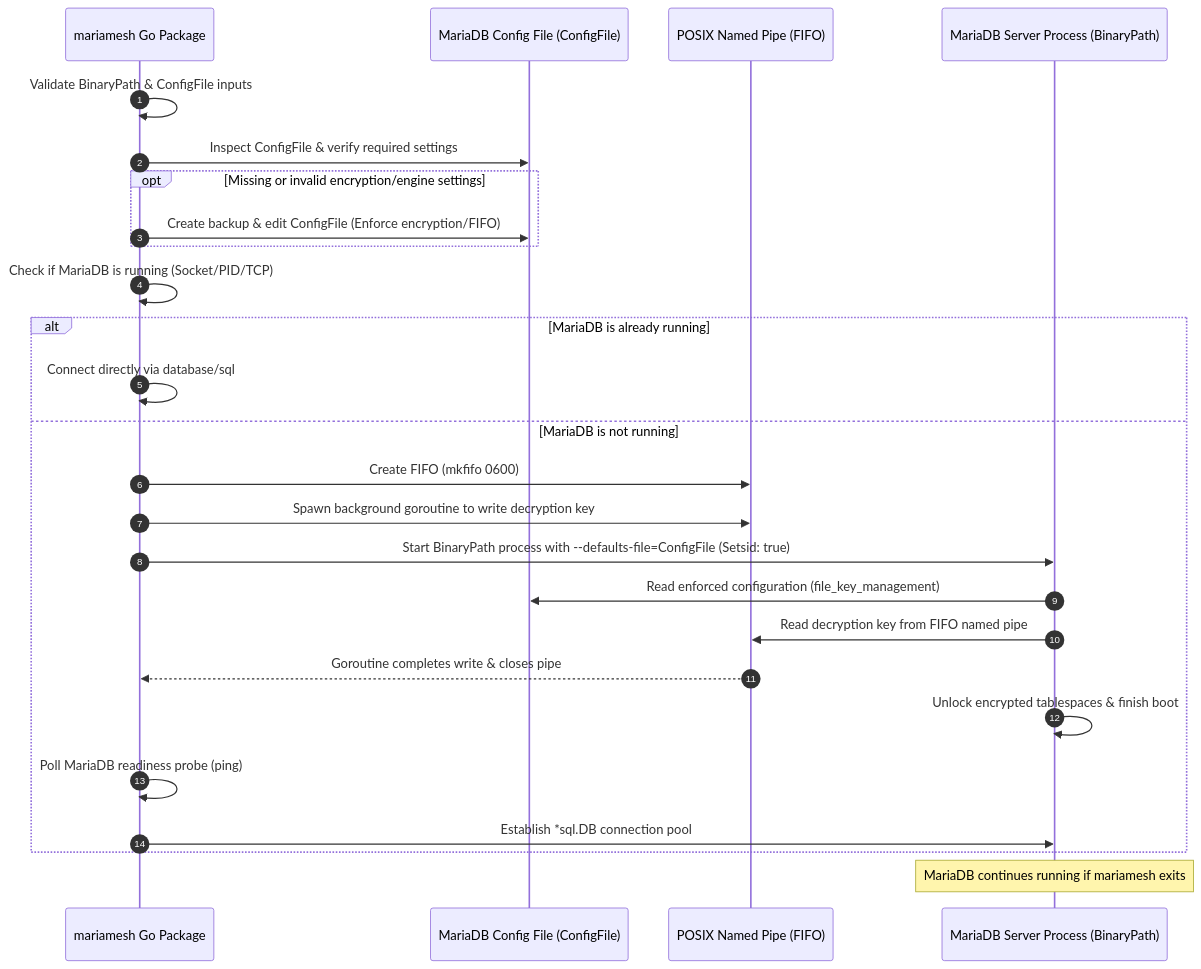
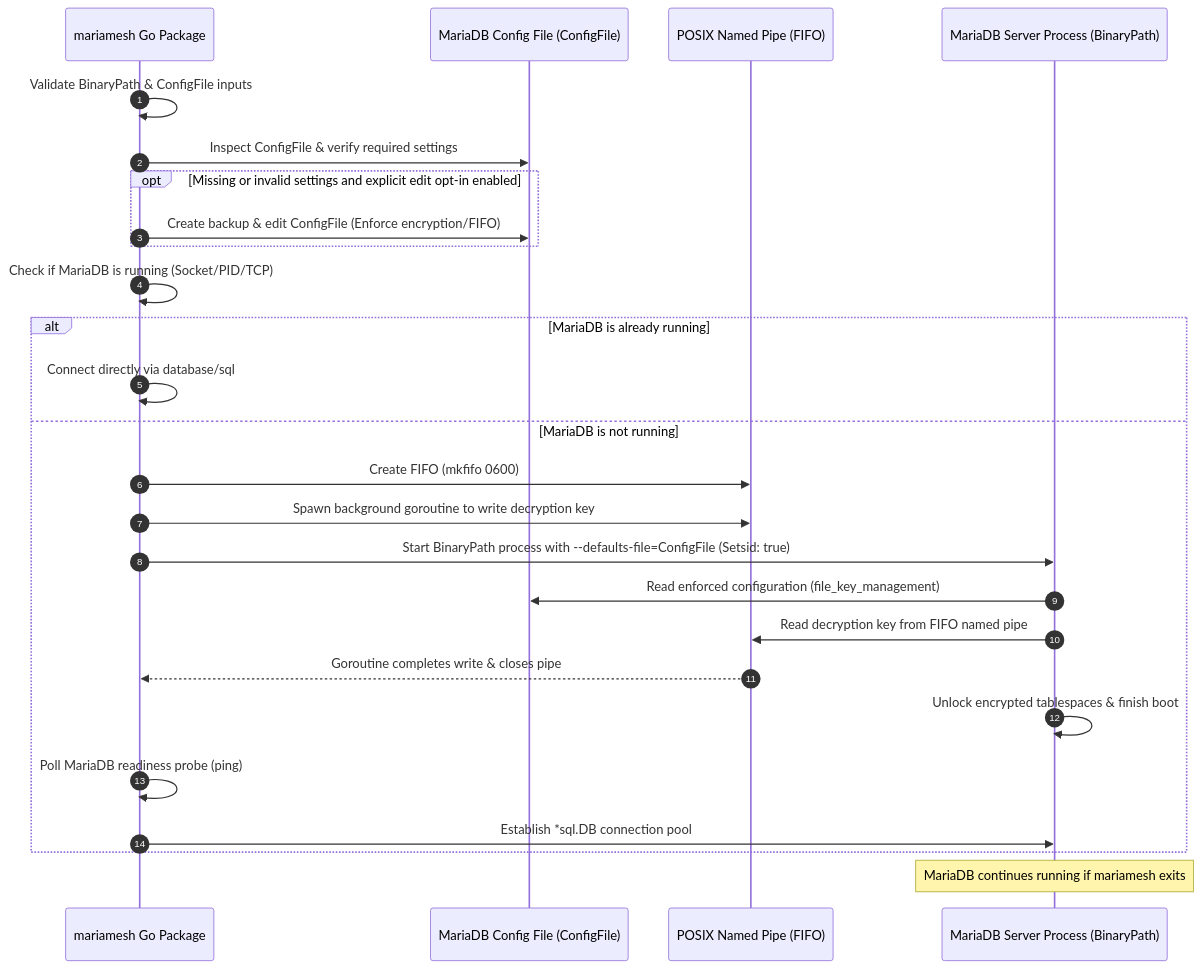
The third of 5 diagrams in PLAN.md (marcgauthier/mariamesh), drawn with Mermaid before and after one commit. The commit also changed other lines of this file, not shown here.

Commit message:
docs: complete Galvanize parity roadmap

````diff
--- a/PLAN.md
+++ b/PLAN.md
@@ -286,29 +298,29 @@
 ```mermaid
 sequenceDiagram
     autonumber
     participant Host as mariamesh Go Package
     participant Conf as MariaDB Config File (ConfigFile)
     participant FIFO as POSIX Named Pipe (FIFO)
     participant MDB as MariaDB Server Process (BinaryPath)
 
     Host->>Host: Validate BinaryPath & ConfigFile inputs
     Host->>Conf: Inspect ConfigFile & verify required settings
-    opt Missing or invalid encryption/engine settings
+    opt Missing or invalid settings and explicit edit opt-in enabled
         Host->>Conf: Create backup & edit ConfigFile (Enforce encryption/FIFO)
     end
     Host->>Host: Check if MariaDB is running (Socket/PID/TCP)
     alt MariaDB is already running
         Host->>Host: Connect directly via database/sql
     else MariaDB is not running
         Host->>FIFO: Create FIFO (mkfifo 0600)
         Host->>FIFO: Spawn background goroutine to write decryption key
         Host->>MDB: Start BinaryPath process with --defaults-file=ConfigFile (Setsid: true)
         MDB->>Conf: Read enforced configuration (file_key_management)
         MDB->>FIFO: Read decryption key from FIFO named pipe
         FIFO-->>Host: Goroutine completes write & closes pipe
         MDB->>MDB: Unlock encrypted tablespaces & finish boot
         Host->>Host: Poll MariaDB readiness probe (ping)
         Host->>MDB: Establish *sql.DB connection pool
     end
     Note over MDB: MariaDB continues running if mariamesh exits
 ```
````
